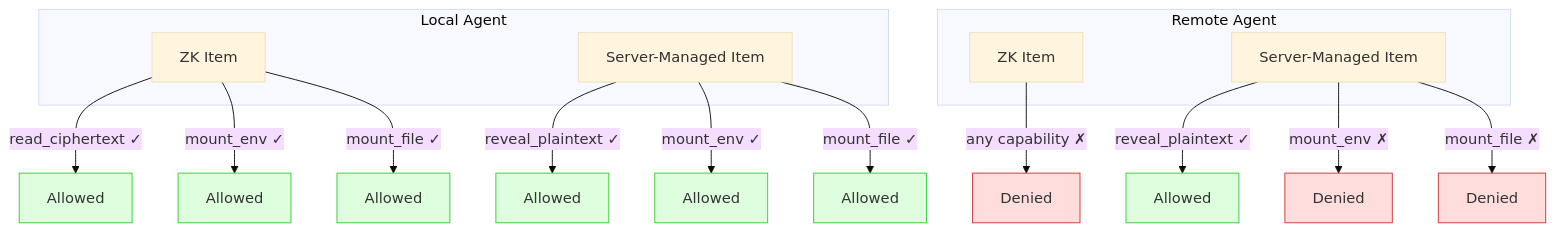
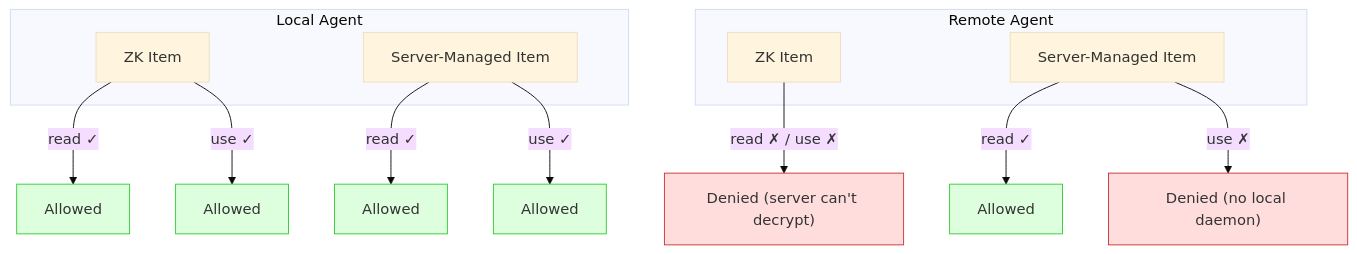
One commit to punitarani/abadge changed diagram 13 of 20 in docs/flow.md. Above: the diagram before and after it, drawn with Mermaid (base theme). The commit also changed other lines of this file and 217 other files, not shown here.

````diff
--- a/docs/flow.md
+++ b/docs/flow.md
@@ -275,36 +288,30 @@
 ```mermaid
 graph TD
   subgraph Local["Local Agent"]
     L_ZK["ZK Item"]
     L_SM["Server-Managed Item"]
   end
 
   subgraph Remote["Remote Agent"]
     R_ZK["ZK Item"]
     R_SM["Server-Managed Item"]
   end
 
-  L_ZK -->|"read_ciphertext ✓"| OK1["Allowed"]
-  L_ZK -->|"mount_env ✓"| OK2["Allowed"]
-  L_ZK -->|"mount_file ✓"| OK3["Allowed"]
+  L_ZK -->|"read ✓"| OK1["Allowed"]
+  L_ZK -->|"use ✓"| OK2["Allowed"]
 
-  L_SM -->|"reveal_plaintext ✓"| OK4["Allowed"]
-  L_SM -->|"mount_env ✓"| OK5["Allowed"]
-  L_SM -->|"mount_file ✓"| OK6["Allowed"]
+  L_SM -->|"read ✓"| OK4["Allowed"]
+  L_SM -->|"use ✓"| OK5["Allowed"]
 
-  R_ZK -->|"any capability ✗"| DENY1["Denied"]
-  R_SM -->|"reveal_plaintext ✓"| OK7["Allowed"]
-  R_SM -->|"mount_env ✗"| DENY2["Denied"]
-  R_SM -->|"mount_file ✗"| DENY3["Denied"]
+  R_ZK -->|"read ✗ / use ✗"| DENY1["Denied (server can't decrypt)"]
+  R_SM -->|"read ✓"| OK7["Allowed"]
+  R_SM -->|"use ✗"| DENY2["Denied (no local daemon)"]
 
   style DENY1 fill:#fdd,stroke:#c33
   style DENY2 fill:#fdd,stroke:#c33
-  style DENY3 fill:#fdd,stroke:#c33
   style OK1 fill:#dfd,stroke:#3c3
   style OK2 fill:#dfd,stroke:#3c3
-  style OK3 fill:#dfd,stroke:#3c3
   style OK4 fill:#dfd,stroke:#3c3
   style OK5 fill:#dfd,stroke:#3c3
-  style OK6 fill:#dfd,stroke:#3c3
   style OK7 fill:#dfd,stroke:#3c3
 ```
````
